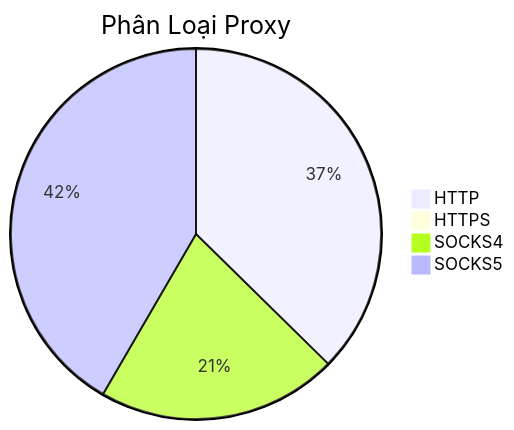
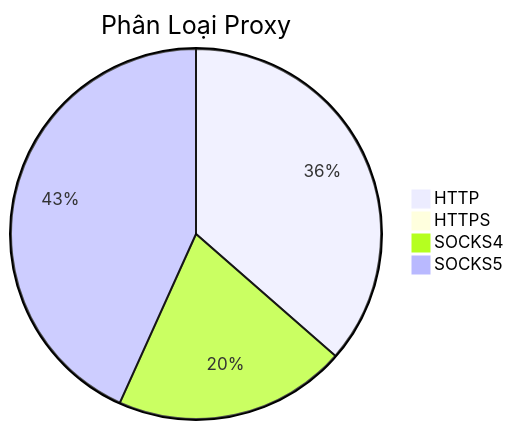
The diagram in README.md (Ciara-Aa/PROXY-free), drawn with Mermaid before and after one commit. The commit also changed other lines of this file and 4 other files, not shown here.

````diff
--- a/README.md
+++ b/README.md
@@ -26,7 +26,7 @@
 ```mermaid
 pie title Phân Loại Proxy
-    "HTTP" : 464
-    "HTTPS" : 2
-    "SOCKS4" : 261
-    "SOCKS5" : 517
+    "HTTP" : 540
+    "HTTPS" : 4
+    "SOCKS4" : 301
+    "SOCKS5" : 641
 ```
````
